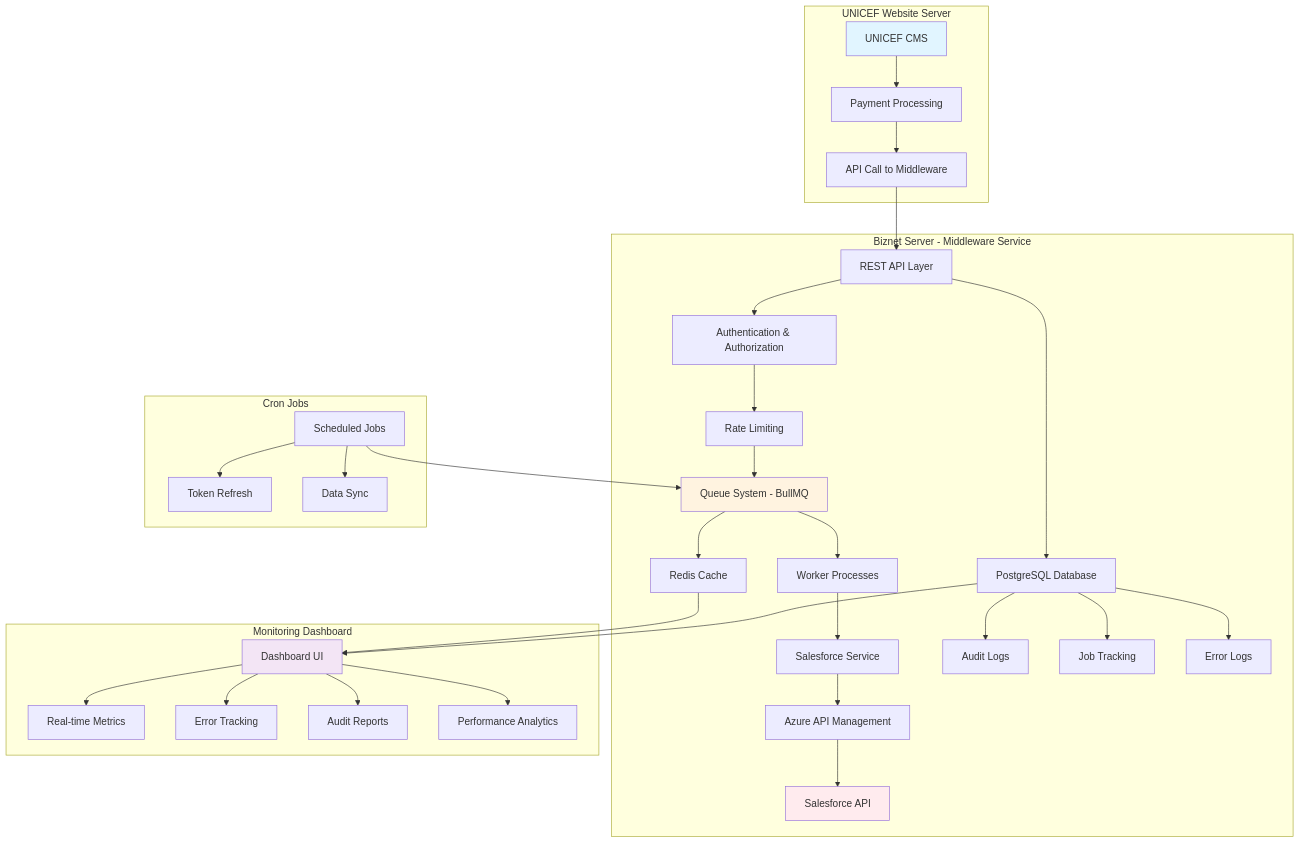
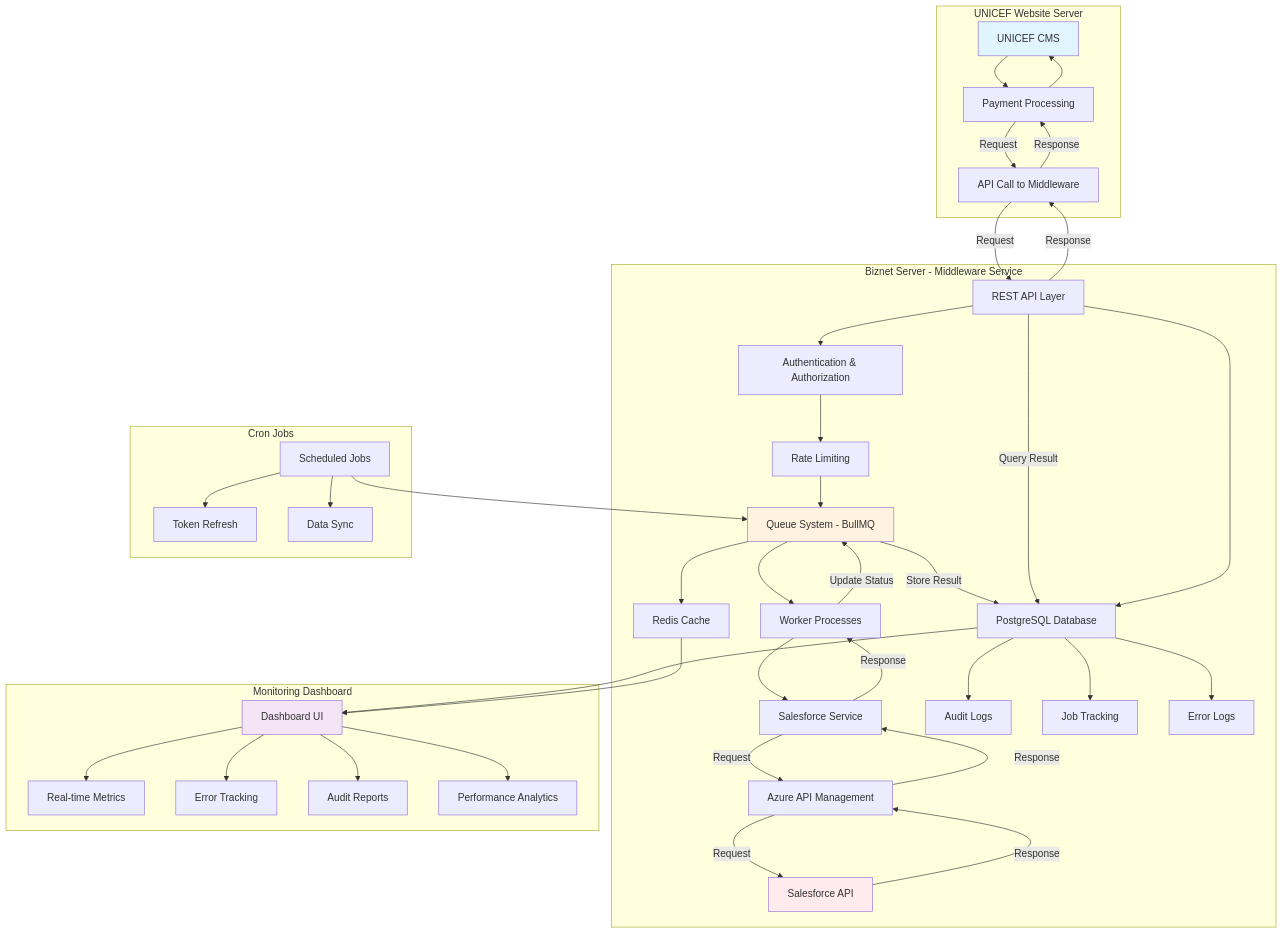
One commit to commoners1/unicef-sf-dashboard changed the first of 3 diagrams in docs/REPORT.md. Above: the diagram before and after it, drawn with Mermaid. The commit also changed other lines of this file, not shown here.

````diff
--- a/docs/REPORT.md
+++ b/docs/REPORT.md
@@ -98,44 +98,53 @@
 ```mermaid
 graph TB
     subgraph "UNICEF Website Server"
         A[UNICEF CMS] --> B[Payment Processing]
-        B --> C[API Call to Middleware]
+        B -->|Request| C[API Call to Middleware]
+        C -->|Response| B
+        B --> A
     end
     
     subgraph "Biznet Server - Middleware Service"
-        C --> D[REST API Layer]
+        C -->|Request| D[REST API Layer]
         D --> E[Authentication & Authorization]
         E --> F[Rate Limiting]
         F --> G[Queue System - BullMQ]
         G --> H[Worker Processes]
         H --> I[Salesforce Service]
-        I --> J[Azure API Management]
-        J --> K[Salesforce API]
+        I -->|Request| J[Azure API Management]
+        J -->|Request| K[Salesforce API]
+        K -->|Response| J
+        J -->|Response| I
+        I -->|Response| H
+        H -->|Update Status| G
+        G -->|Store Result| M[PostgreSQL Database]
+        D -->|Query Result| M
+        D -->|Response| C
         
         G --> L[Redis Cache]
-        D --> M[PostgreSQL Database]
+        D --> M
         M --> N[Audit Logs]
         M --> O[Job Tracking]
         M --> P[Error Logs]
     end
     
     subgraph "Monitoring Dashboard"
         Q[Dashboard UI] --> R[Real-time Metrics]
         Q --> S[Error Tracking]
         Q --> T[Audit Reports]
         Q --> U[Performance Analytics]
         M --> Q
         L --> Q
     end
     
     subgraph "Cron Jobs"
         V[Scheduled Jobs] --> G
         V --> W[Token Refresh]
         V --> X[Data Sync]
     end
     
     style A fill:#e1f5ff
     style K fill:#ffebee
     style Q fill:#f3e5f5
     style G fill:#fff3e0
 ```
````
